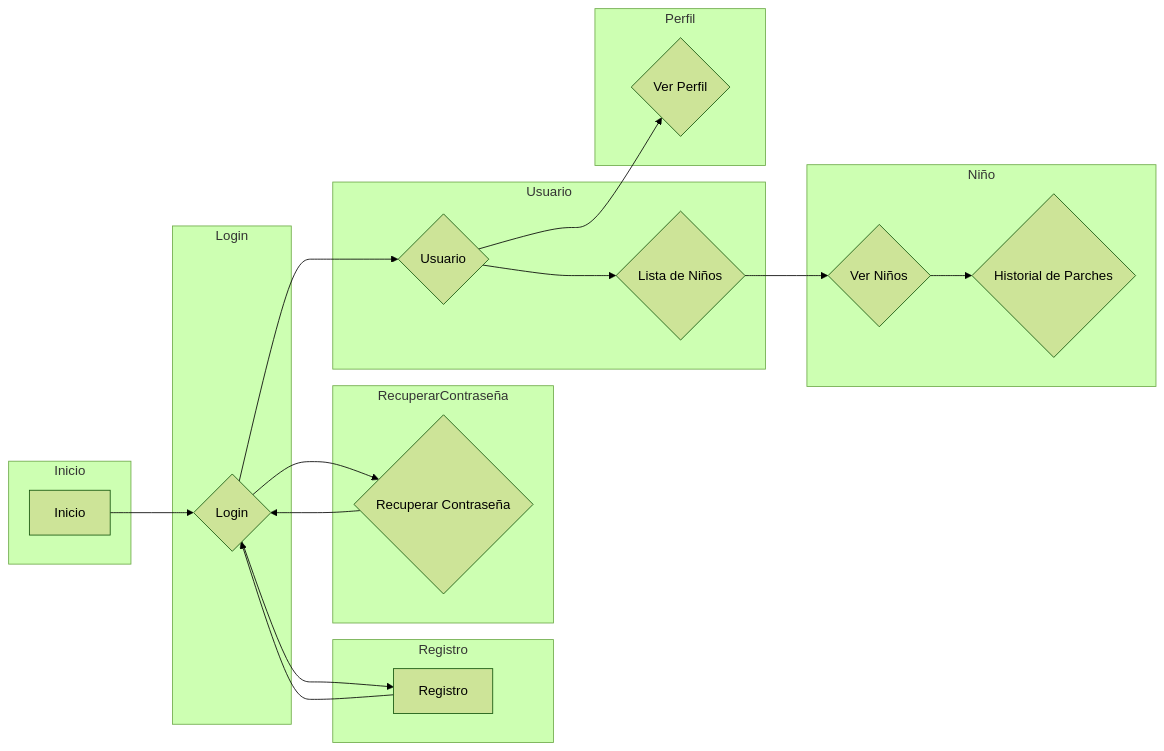
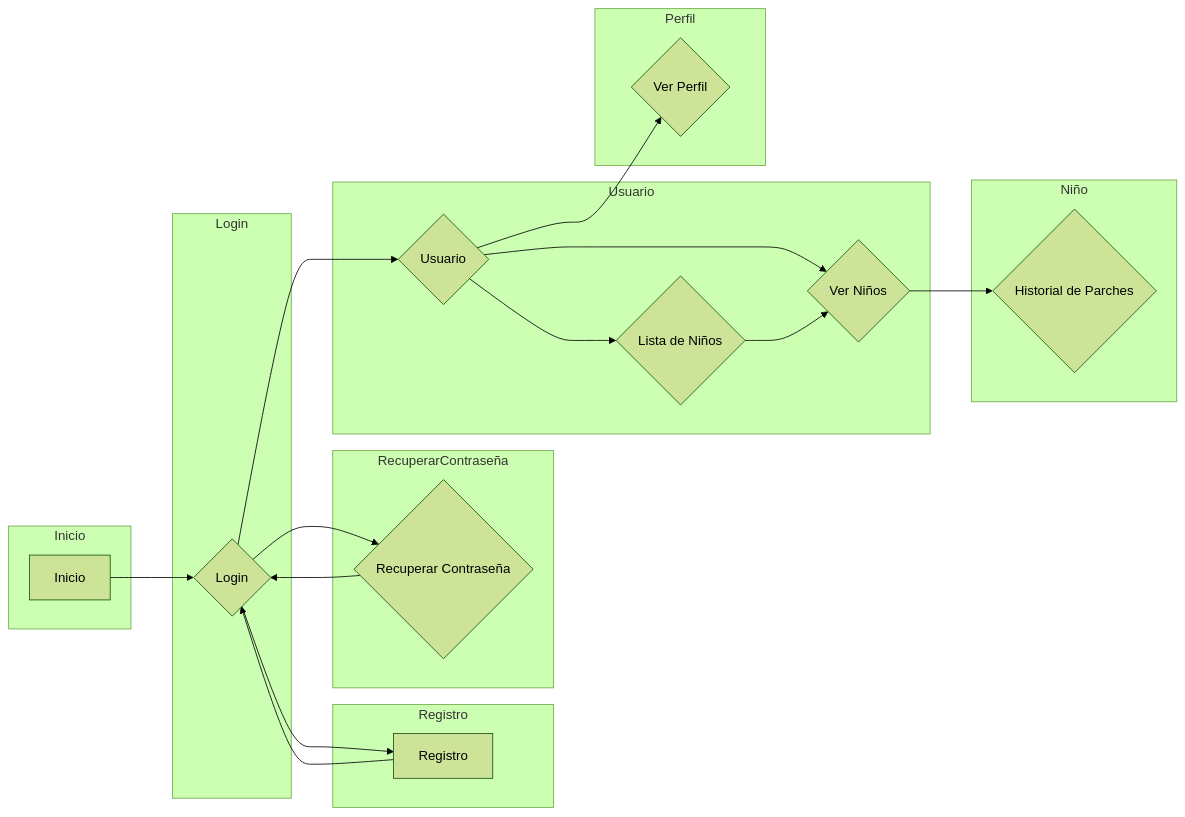
Before and after one commit to mactiburon/tapatapp: the diagram in DiagramaVista.mermaid, drawn with Mermaid (forest theme).

Commit message:
DiagramaVista.mermaid

```diff
--- a/DiagramaVista.mermaid
+++ b/DiagramaVista.mermaid
@@ -1,35 +1,36 @@
 graph LR
     subgraph Inicio
         A[Inicio]
     end
     subgraph Login
         B{Login}
     end
     subgraph Registro
         C[Registro]
     end
     subgraph RecuperarContraseña
         D{Recuperar Contraseña}
     end
     subgraph Usuario
         E{Usuario}
         I{Lista de Niños}
+        G{Ver Niños}
     end
     subgraph Perfil
         F{Ver Perfil}
     end
     subgraph Niño
-        G{Ver Niños}
         H{Historial de Parches}
     end
 
     A --> B
     B --> C
     B --> D
     C --> B
     D --> B
     B --> E
     E --> F
     E --> I
+    E --> G
     I --> G
     G --> H
```
